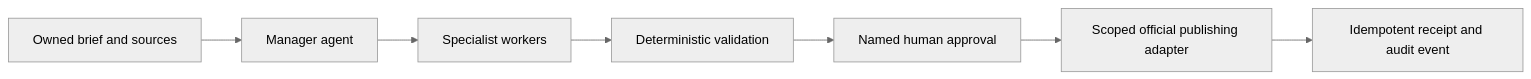
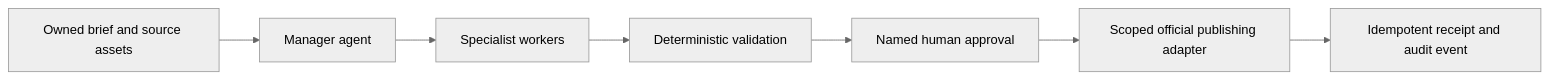
Before and after one commit to EdgeAgent/content-agent-operating-system: the diagram in README.md, drawn with Mermaid (neutral theme). The commit also changed other lines of this file and 4 other files, not shown here.

````diff
--- a/README.md
+++ b/README.md
@@ -17,9 +47,9 @@
 ```mermaid
 flowchart LR
-  A[Owned brief and sources] --> B[Manager agent]
+  A[Owned brief and source assets] --> B[Manager agent]
   B --> C[Specialist workers]
   C --> D[Deterministic validation]
   D --> E[Named human approval]
   E --> F[Scoped official publishing adapter]
   F --> G[Idempotent receipt and audit event]
 ```
````
